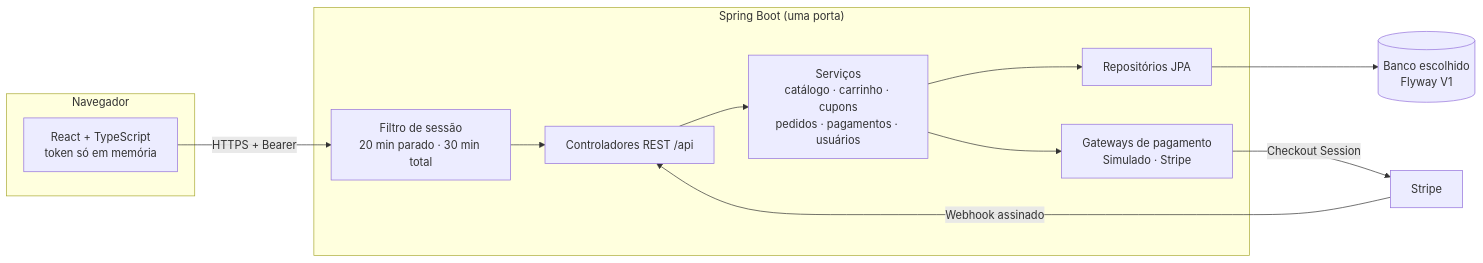
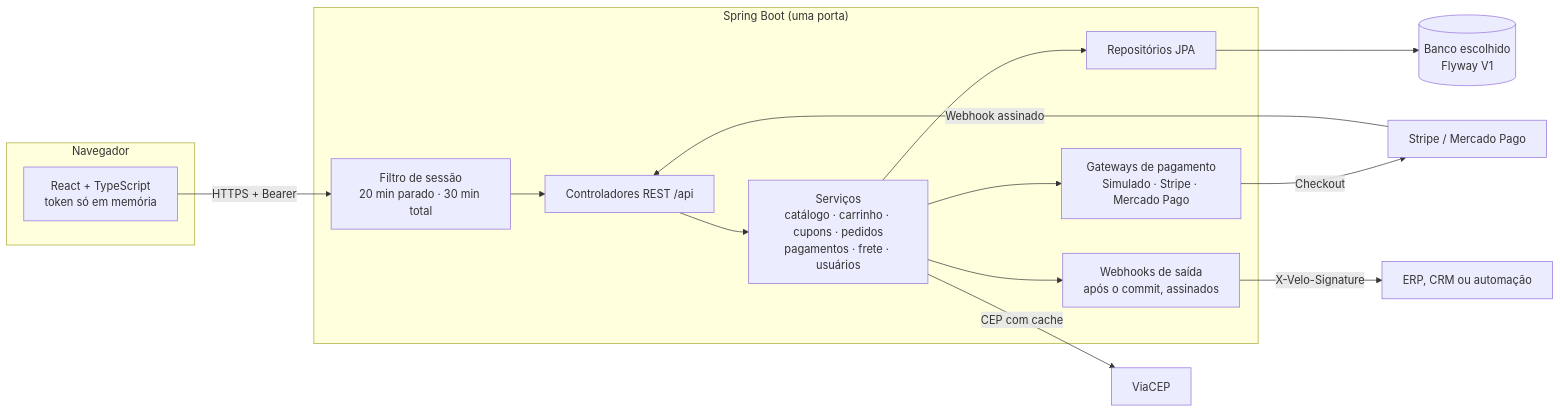
Before and after one commit to ravelroot/Payment-and-Checkout-System: the diagram in README.md, drawn with Mermaid. The commit also changed other lines of this file and 105 other files, not shown here.

````diff
--- a/README.md
+++ b/README.md
@@ -210,18 +284,23 @@
 ```mermaid
 flowchart LR
     subgraph Navegador
         UI["React + TypeScript<br/>token só em memória"]
     end
     subgraph "Spring Boot (uma porta)"
         F["Filtro de sessão<br/>20 min parado · 30 min total"]
         C["Controladores REST /api"]
-        S["Serviços<br/>catálogo · carrinho · cupons<br/>pedidos · pagamentos · usuários"]
-        G["Gateways de pagamento<br/>Simulado · Stripe"]
+        S["Serviços<br/>catálogo · carrinho · cupons · pedidos<br/>pagamentos · frete · usuários"]
+        G["Gateways de pagamento<br/>Simulado · Stripe · Mercado Pago"]
+        W["Webhooks de saída<br/>após o commit, assinados"]
         R["Repositórios JPA"]
     end
     DB[("Banco escolhido<br/>Flyway V1")]
-    ST["Stripe"]
+    ST["Stripe / Mercado Pago"]
+    EXT["ERP, CRM ou automação"]
+    CEP["ViaCEP"]
     UI -- "HTTPS + Bearer" --> F --> C --> S --> R --> DB
-    S --> G -- "Checkout Session" --> ST
+    S --> G -- "Checkout" --> ST
     ST -- "Webhook assinado" --> C
+    S --> W -- "X-Velo-Signature" --> EXT
+    S -- "CEP com cache" --> CEP
 ```
````
